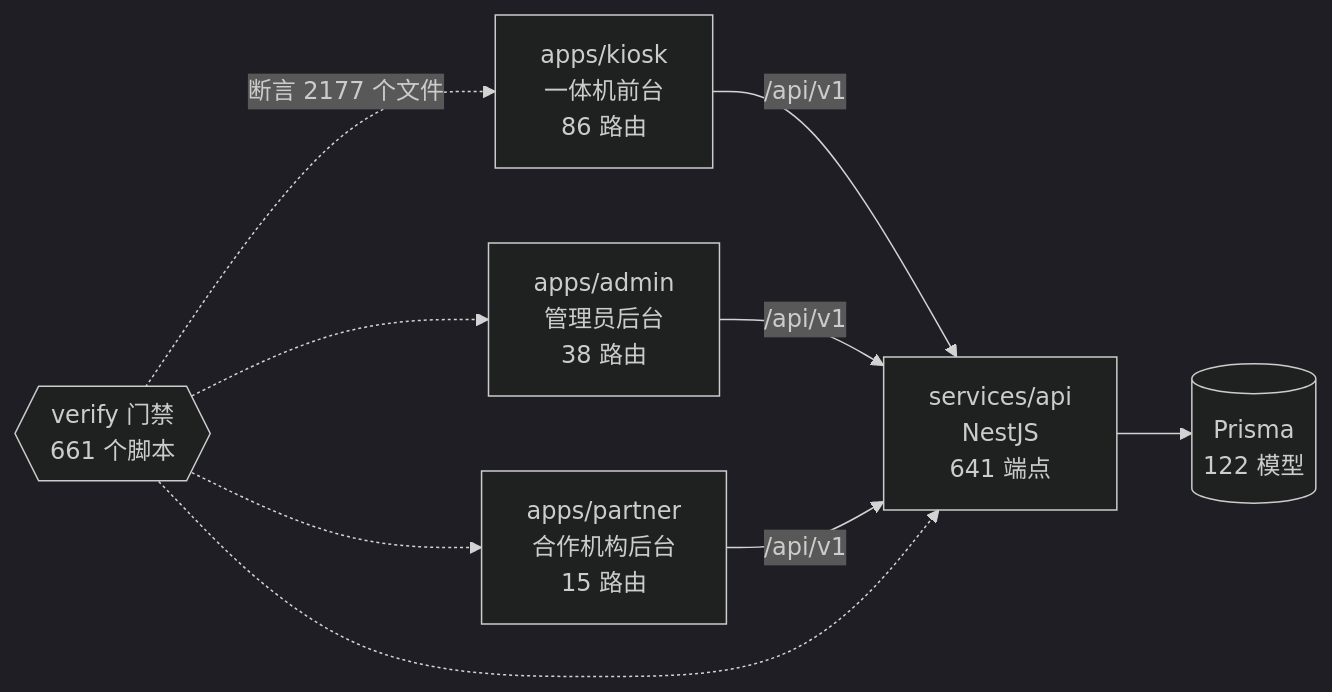
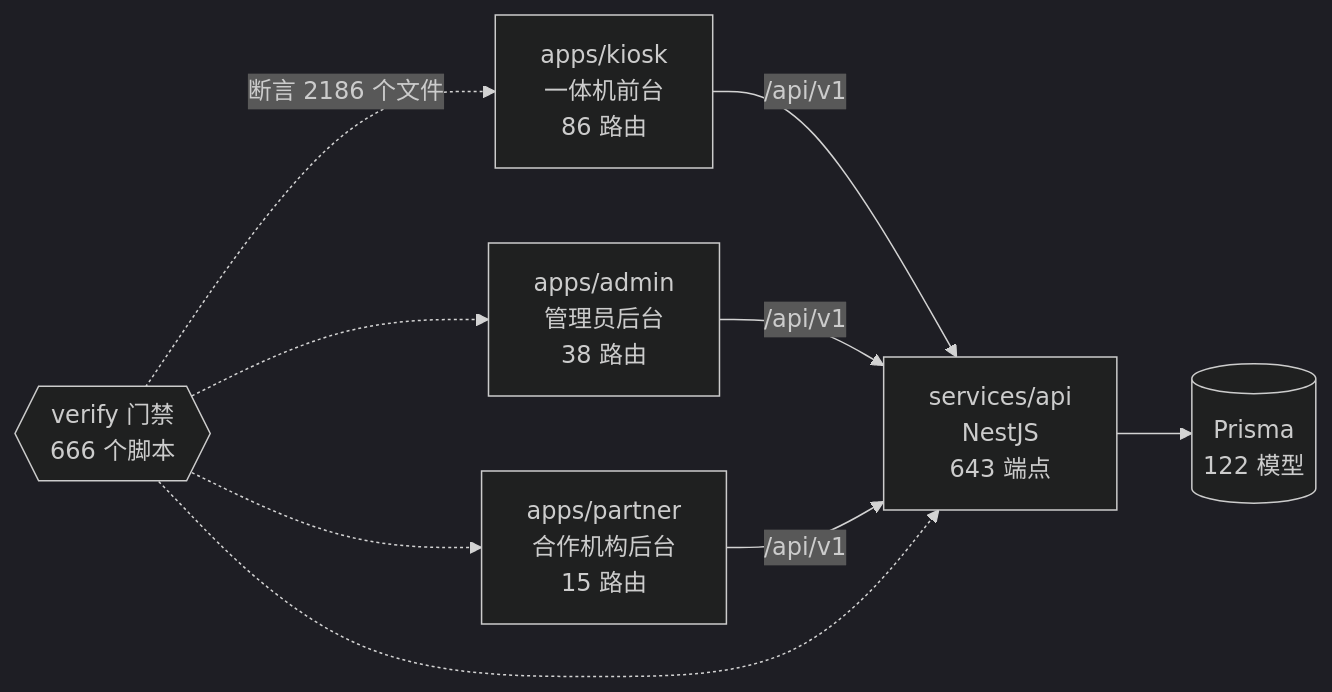
Before and after one commit to wanglei581/YITIJI: the diagram in docs/graph/README.md, drawn with Mermaid (dark theme). The commit also changed other lines of this file and 61 other files, not shown here.

````diff
--- a/docs/graph/README.md
+++ b/docs/graph/README.md
@@ -68,18 +68,18 @@
 ```mermaid
 flowchart LR
   kiosk["apps/kiosk<br/>一体机前台<br/>86 路由"]
   admin["apps/admin<br/>管理员后台<br/>38 路由"]
   partner["apps/partner<br/>合作机构后台<br/>15 路由"]
-  api["services/api<br/>NestJS<br/>641 端点"]
+  api["services/api<br/>NestJS<br/>643 端点"]
   db[("Prisma<br/>122 模型")]
-  gates{{"verify 门禁<br/>661 个脚本"}}
+  gates{{"verify 门禁<br/>666 个脚本"}}
 
   kiosk -->|"/api/v1"| api
   admin -->|"/api/v1"| api
   partner -->|"/api/v1"| api
   api --> db
-  gates -.->|"断言 2177 个文件"| kiosk
+  gates -.->|"断言 2186 个文件"| kiosk
   gates -.-> admin
   gates -.-> partner
   gates -.-> api
 ```
````
